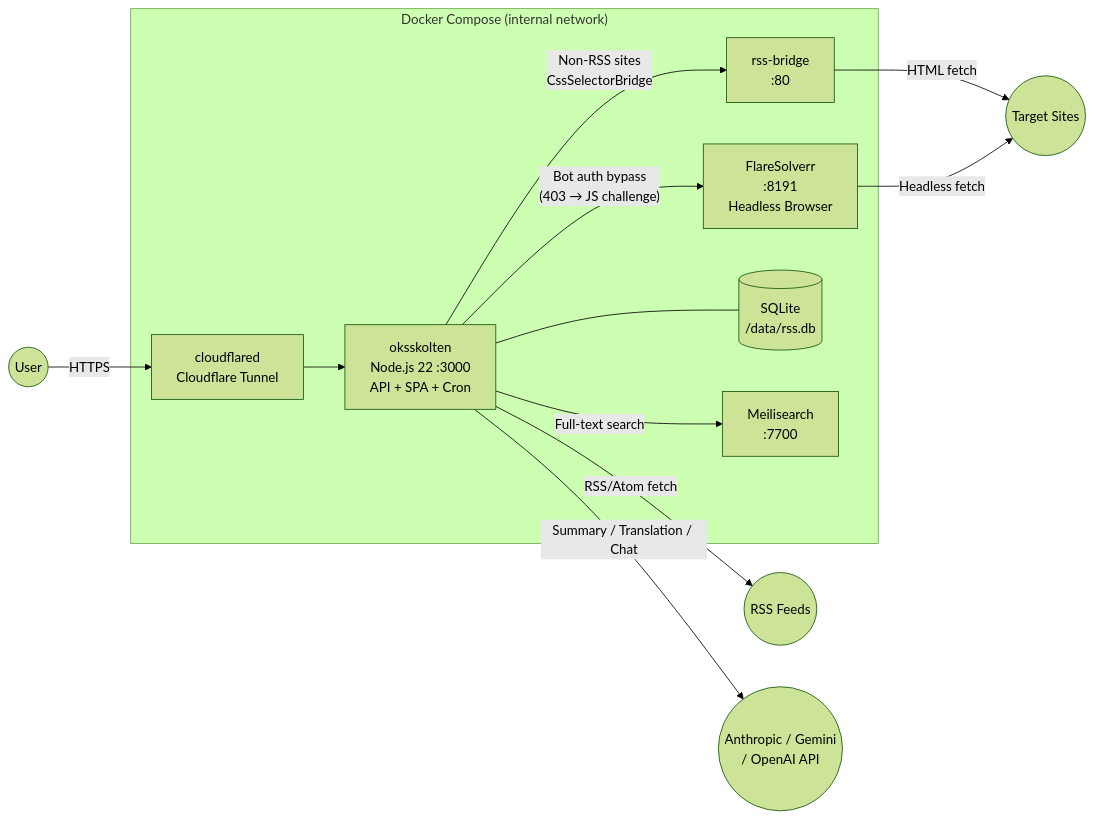
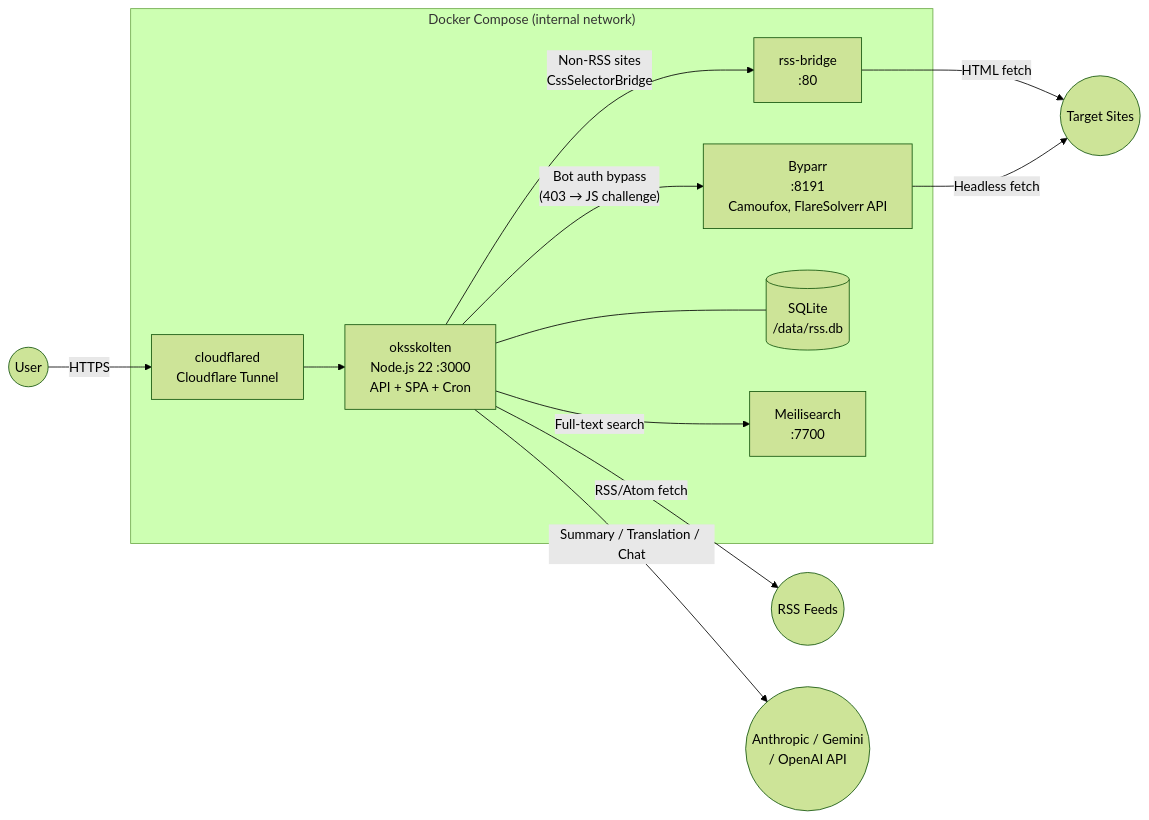
One commit to ManuelW77/oksskolten changed the diagram in docs/spec/01_overview.md. Above: the diagram before and after it, drawn with Mermaid (forest theme). The commit also changed other lines of this file and 3 other files, not shown here.

First line of the commit message:
infra(fetcher): swap FlareSolverr for Byparr (Camoufox) — same API, better anti-bot bypass

````diff
--- a/docs/spec/01_overview.md
+++ b/docs/spec/01_overview.md
@@ -46,25 +46,25 @@
 ```mermaid
 graph LR
     user(("User"))
     user -- "HTTPS" --> cloudflared
 
     subgraph docker["Docker Compose (internal network)"]
         cloudflared["cloudflared<br/>Cloudflare Tunnel"]
         app["oksskolten<br/>Node.js 22 :3000<br/>API + SPA + Cron"]
         bridge["rss-bridge<br/>:80"]
-        flare["FlareSolverr<br/>:8191<br/>Headless Browser"]
+        flare["Byparr<br/>:8191<br/>Camoufox, FlareSolverr API"]
         sqlite[("SQLite<br/>/data/rss.db")]
         meili["Meilisearch<br/>:7700"]
 
         cloudflared --> app
         app -- "Non-RSS sites<br/>CssSelectorBridge" --> bridge
         app -- "Bot auth bypass<br/>(403 → JS challenge)" --> flare
         app --- sqlite
         app -- "Full-text search" --> meili
     end
 
     app -- "RSS/Atom fetch" --> rss(("RSS Feeds"))
     app -- "Summary / Translation / Chat" --> llm(("Anthropic / Gemini<br/>/ OpenAI API"))
     bridge -- "HTML fetch" --> web(("Target Sites"))
     flare -- "Headless fetch" --> web
 ```
````
